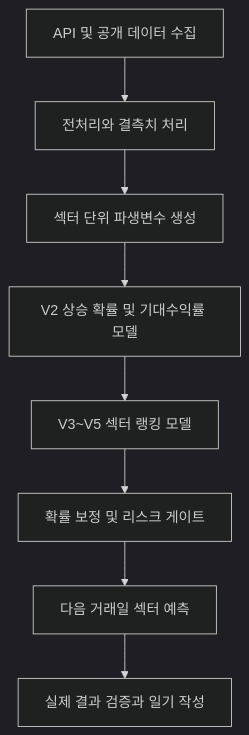
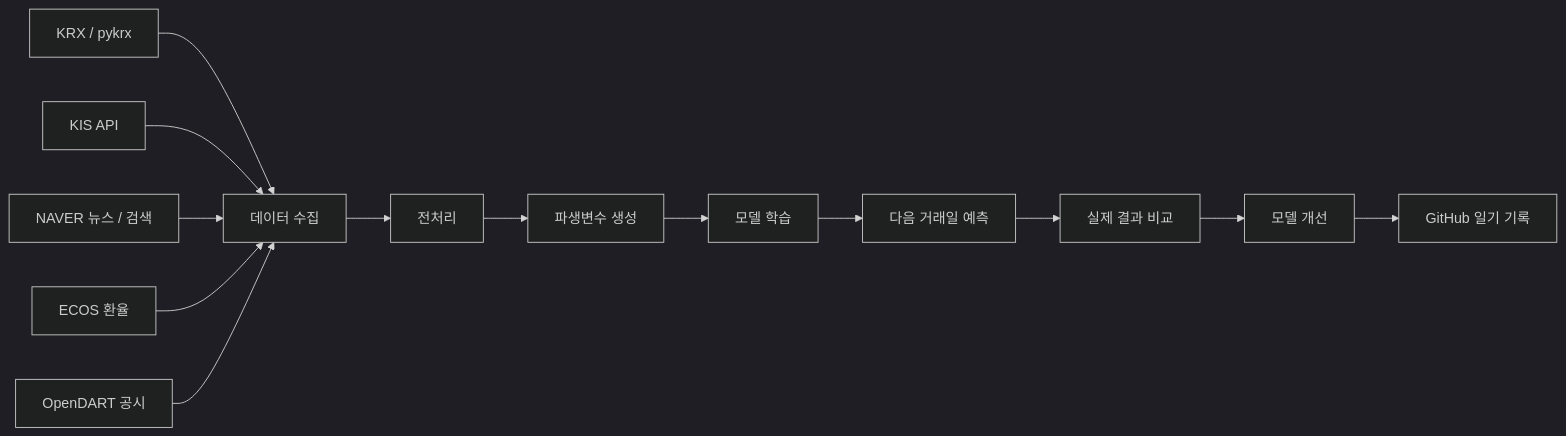
One commit to HCG0313/part-prediction changed the first of 2 diagrams in README.md. Above: the diagram before and after it, drawn with Mermaid (dark theme). The commit also changed other lines of this file, not shown here.

````diff
--- a/README.md
+++ b/README.md
@@ -19,10 +41,16 @@
 ```mermaid
-flowchart TD
-    A["API 및 공개 데이터 수집"] --> B["전처리와 결측치 처리"]
-    B --> C["섹터 단위 파생변수 생성"]
-    C --> D["V2 상승 확률 및 기대수익률 모델"]
-    D --> E["V3~V5 섹터 랭킹 모델"]
-    E --> F["확률 보정 및 리스크 게이트"]
-    F --> G["다음 거래일 섹터 예측"]
-    G --> H["실제 결과 검증과 일기 작성"]
+flowchart LR
+    A["데이터 수집"] --> B["전처리"]
+    B --> C["파생변수 생성"]
+    C --> D["모델 학습"]
+    D --> E["다음 거래일 예측"]
+    E --> F["실제 결과 비교"]
+    F --> G["모델 개선"]
+    G --> H["GitHub 일기 기록"]
+
+    KRX["KRX / pykrx"] --> A
+    KIS["KIS API"] --> A
+    NAVER["NAVER 뉴스 / 검색"] --> A
+    ECOS["ECOS 환율"] --> A
+    DART["OpenDART 공시"] --> A
 ```
````
